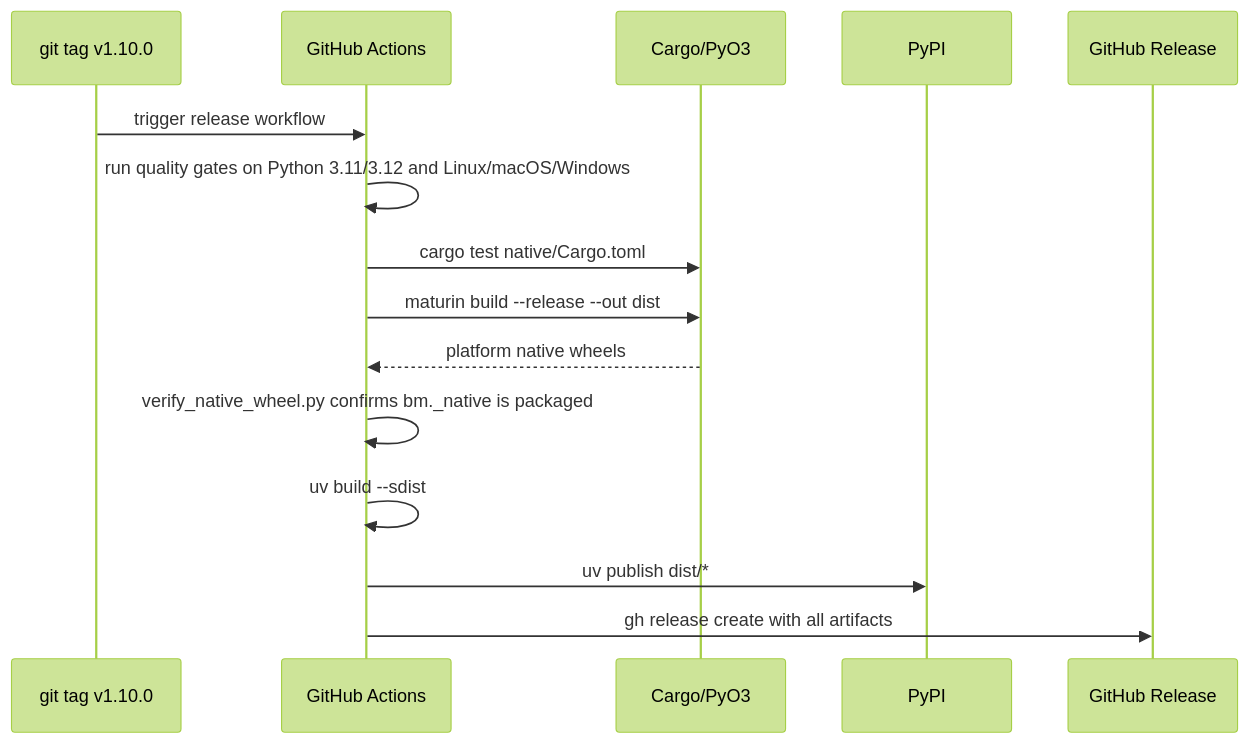
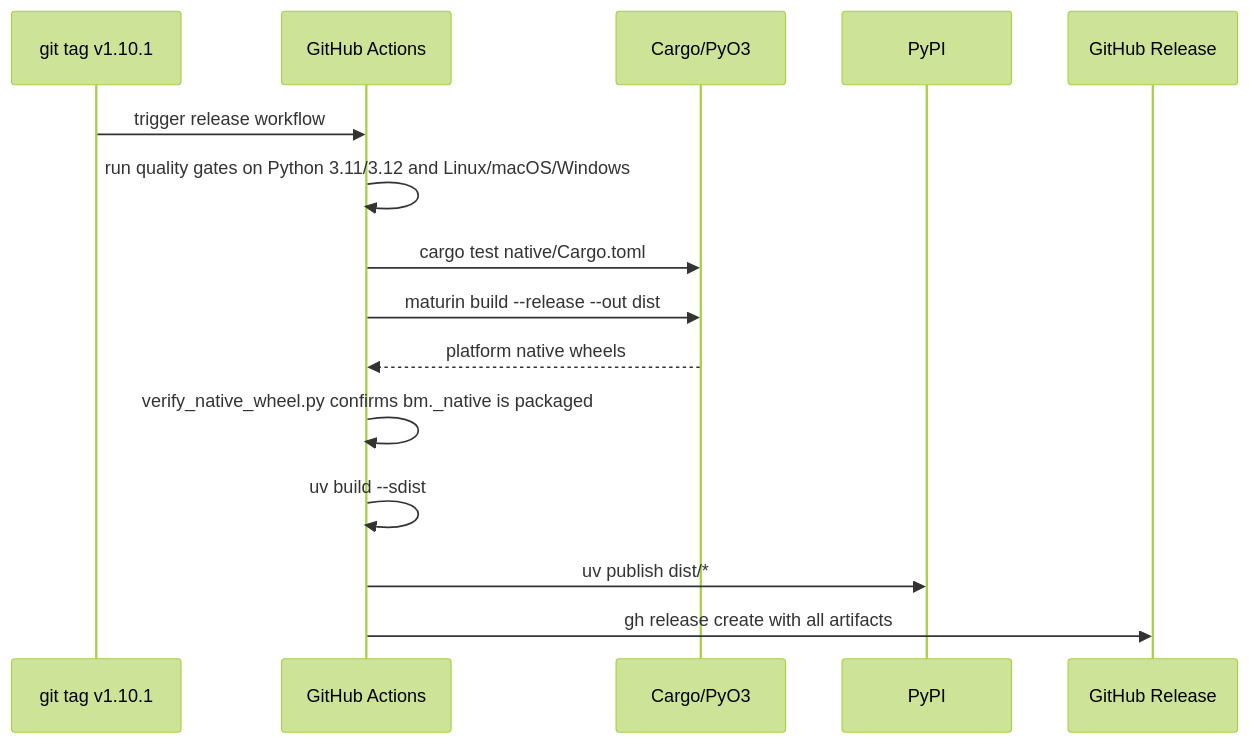
Before and after one commit to Benmore-Studio/Benmore-Meridian: the third of 3 diagrams in docs/RELEASE_HARDENING.md, drawn with Mermaid (forest theme). The commit also changed other lines of this file and 6 other files, not shown here.

````diff
--- a/docs/RELEASE_HARDENING.md
+++ b/docs/RELEASE_HARDENING.md
@@ -62,18 +62,18 @@
 ```mermaid
 sequenceDiagram
-    participant Tag as git tag v1.10.0
+    participant Tag as git tag v1.10.1
     participant CI as GitHub Actions
     participant Rust as Cargo/PyO3
     participant PyPI as PyPI
     participant GH as GitHub Release
 
     Tag->>CI: trigger release workflow
     CI->>CI: run quality gates on Python 3.11/3.12 and Linux/macOS/Windows
     CI->>Rust: cargo test native/Cargo.toml
     CI->>Rust: maturin build --release --out dist
     Rust-->>CI: platform native wheels
     CI->>CI: verify_native_wheel.py confirms bm._native is packaged
     CI->>CI: uv build --sdist
     CI->>PyPI: uv publish dist/*
     CI->>GH: gh release create with all artifacts
 ```
````
